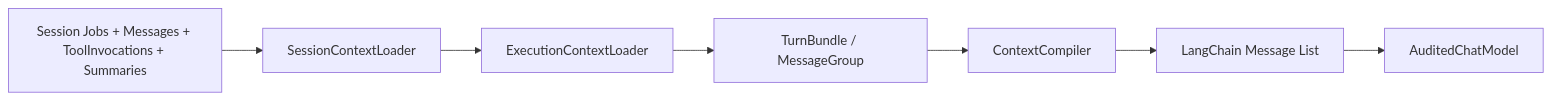
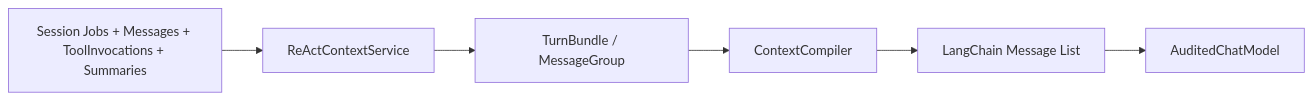
Before and after one commit to lucyonegit/agent-runtime-v2: the second of 2 diagrams in docs/02-persistence-context-view.md, drawn with Mermaid. The commit also changed other lines of this file and 77 other files, not shown here.

````diff
--- a/docs/02-persistence-context-view.md
+++ b/docs/02-persistence-context-view.md
@@ -67,9 +67,8 @@
 ```mermaid
 flowchart LR
-    DB["Session Jobs + Messages + ToolInvocations + Summaries"] --> L["SessionContextLoader"]
-    L --> J["ExecutionContextLoader"]
-    J --> B["TurnBundle / MessageGroup"]
+    DB["Session Jobs + Messages + ToolInvocations + Summaries"] --> R["ReActContextService"]
+    R --> B["TurnBundle / MessageGroup"]
     B --> C["ContextCompiler"]
     C --> LC["LangChain Message List"]
     LC --> M["AuditedChatModel"]
 ```
````
